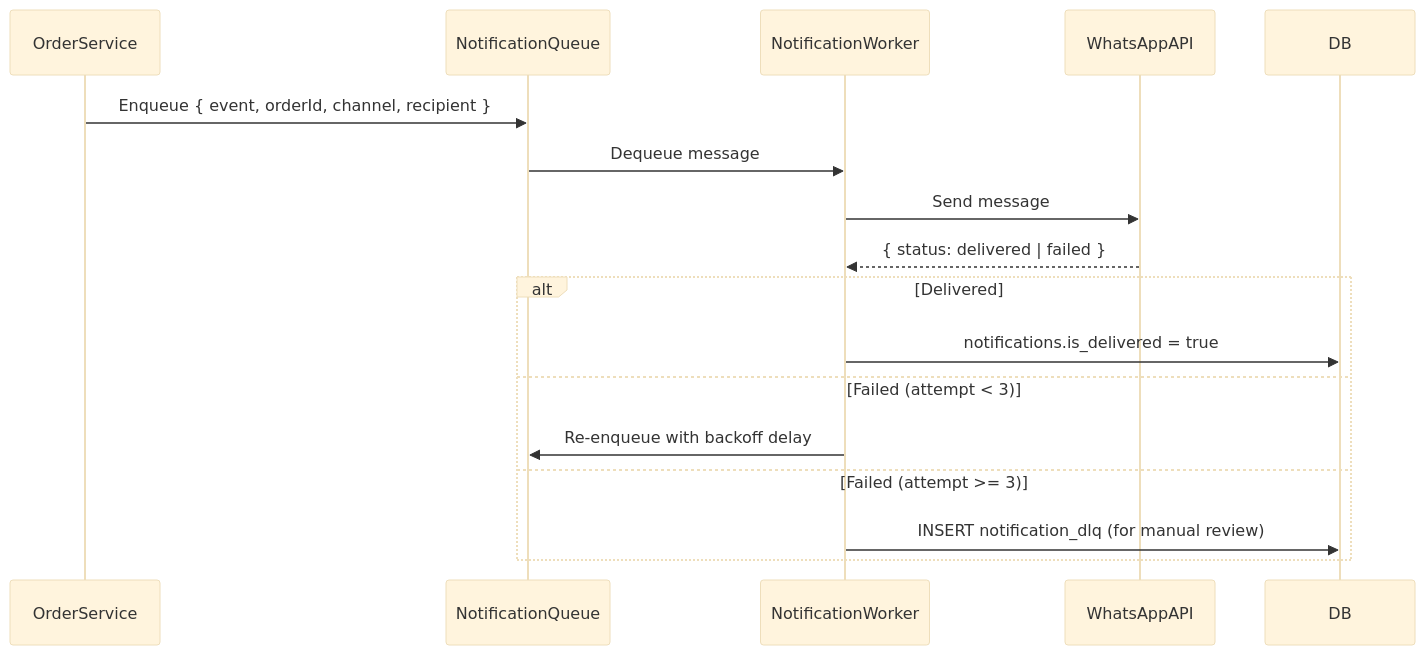
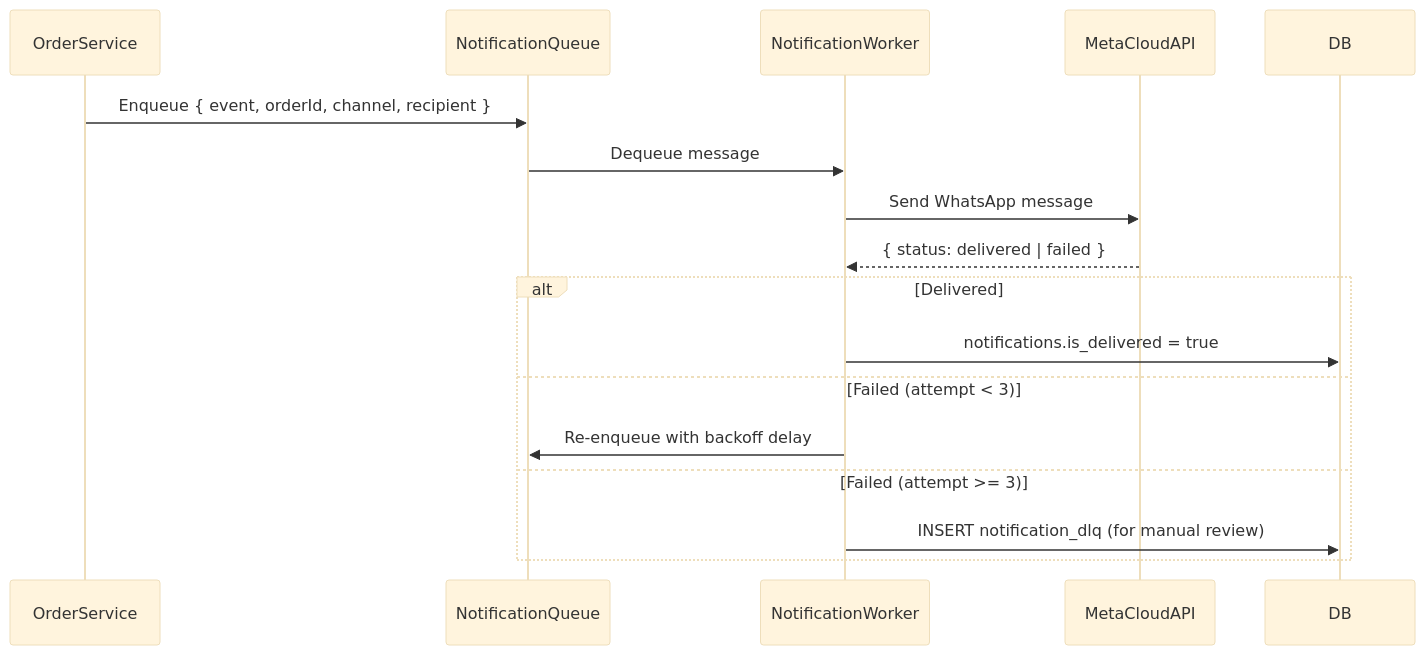
One commit to csanni/frescos-app changed the tenth of 10 diagrams in campus_food_ordering_system/docs/backend_api_system_design.md. Above: the diagram before and after it, drawn with Mermaid (base theme). The commit also changed other lines of this file, not shown here.

````diff
--- a/campus_food_ordering_system/docs/backend_api_system_design.md
+++ b/campus_food_ordering_system/docs/backend_api_system_design.md
@@ -1123,14 +1127,14 @@
 ```mermaid
 sequenceDiagram
     OrderService->>NotificationQueue: Enqueue { event, orderId, channel, recipient }
     NotificationQueue->>NotificationWorker: Dequeue message
-    NotificationWorker->>WhatsAppAPI: Send message
-    WhatsAppAPI-->>NotificationWorker: { status: delivered | failed }
+    NotificationWorker->>MetaCloudAPI: Send WhatsApp message
+    MetaCloudAPI-->>NotificationWorker: { status: delivered | failed }
     alt Delivered
         NotificationWorker->>DB: notifications.is_delivered = true
     else Failed (attempt < 3)
         NotificationWorker->>NotificationQueue: Re-enqueue with backoff delay
     else Failed (attempt >= 3)
         NotificationWorker->>DB: INSERT notification_dlq (for manual review)
     end
 ```
````
